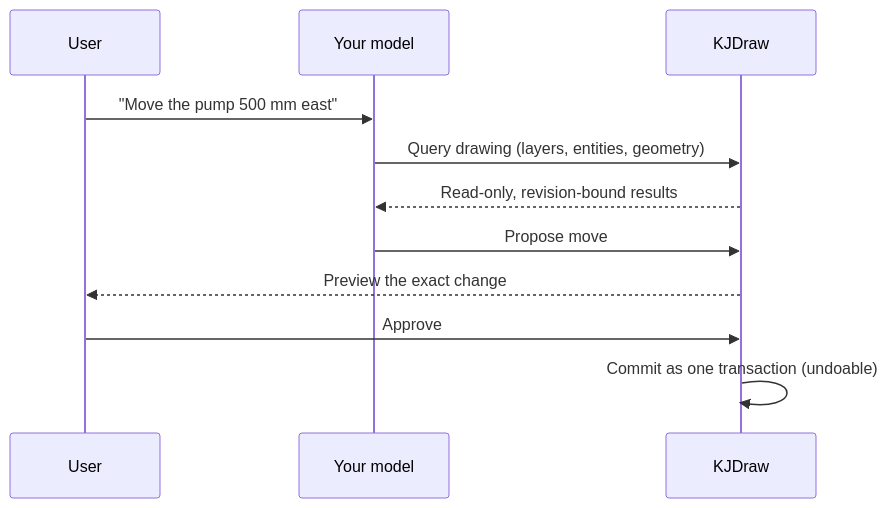
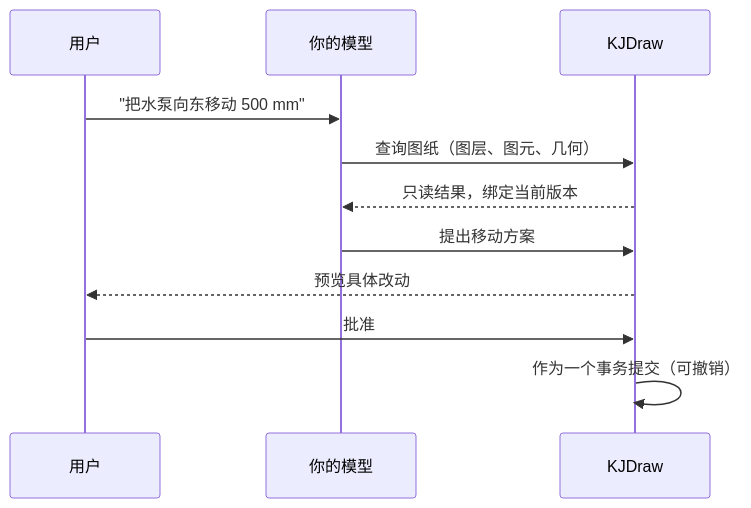
One commit to KanJieTeam/kjdraw changed the diagram in README.md. Above: the diagram before and after it, drawn with Mermaid. The commit also changed other lines of this file and 1 other file, not shown here.

````diff
--- a/README.md
+++ b/README.md
@@ -47,13 +153,13 @@
 ```mermaid
 sequenceDiagram
-    participant U as User
-    participant M as Your model
+    participant U as 用户
+    participant M as 你的模型
     participant K as KJDraw
-    U->>M: "Move the pump 500 mm east"
-    M->>K: Query drawing (layers, entities, geometry)
-    K-->>M: Read-only, revision-bound results
-    M->>K: Propose move
-    K-->>U: Preview the exact change
-    U->>K: Approve
-    K->>K: Commit as one transaction (undoable)
+    U->>M: "把水泵向东移动 500 mm"
+    M->>K: 查询图纸（图层、图元、几何）
+    K-->>M: 只读结果，绑定当前版本
+    M->>K: 提出移动方案
+    K-->>U: 预览具体改动
+    U->>K: 批准
+    K->>K: 作为一个事务提交（可撤销）
 ```
````
